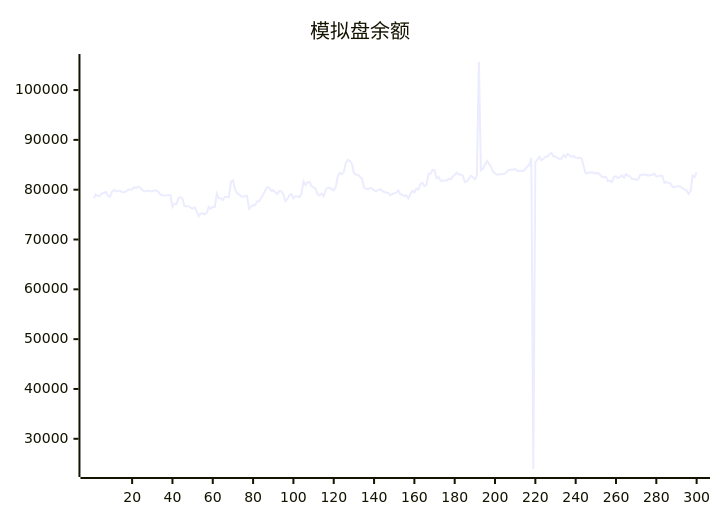
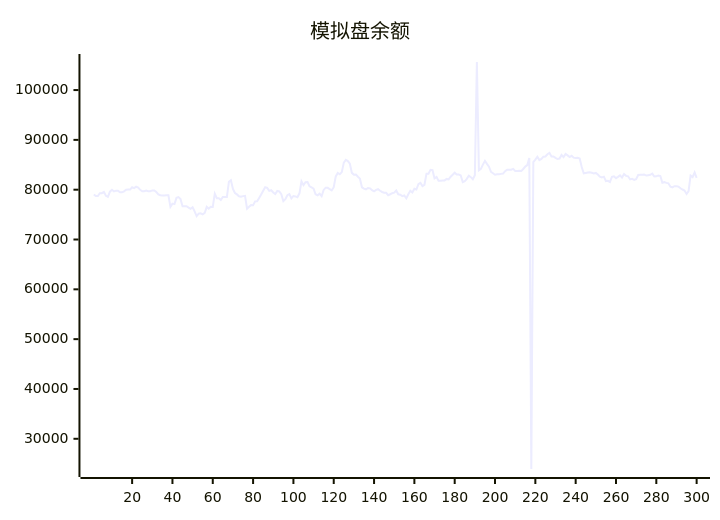
One commit to aahl/ai-trading changed the diagram in README.md. Above: the diagram before and after it, drawn with Mermaid. The commit also changed other lines of this file and 1 other file, not shown here.

````diff
--- a/README.md
+++ b/README.md
@@ -5,5 +5,5 @@
 ```mermaid
 xychart
     title "模拟盘余额"
-    line [78277,79048,78714,78714,79290,79308,79567,78763,78563,79603,79988,79652,79813,79813,79476,79469,79673,79995,80015,80015,80486,80314,80600,80436,79966,79689,79689,79819,79692,79692,79850,79850,79518,79071,78889,78850,78850,78878,78878,76554,77202,77103,78357,78510,78106,76678,76677,76672,76411,76159,76485,75656,74695,75197,75246,75052,75334,76564,76179,76553,76551,79196,78300,78300,77944,78531,78531,78521,81564,81884,80160,79335,79055,78675,78580,78708,78764,76179,76586,76902,76876,77658,77669,78346,79023,79769,80497,80366,79761,79896,79448,79126,79749,79658,79097,77695,78114,78888,79126,78249,78738,78653,78478,79271,81680,80923,81488,81527,80681,80455,80190,79084,78879,79193,78686,79954,80403,80374,80118,79848,80491,82665,83351,83098,83525,85430,85983,85737,85221,83378,83014,83043,82613,82216,80477,80208,80081,80348,80277,79894,79670,79965,80093,79786,79542,79406,79371,78893,79087,79304,79406,79841,79072,78978,78696,78846,78272,79085,79787,79442,80198,80031,81120,81379,80718,80985,83214,83212,83993,83921,82270,82547,81776,81776,81866,81866,82158,82061,82596,83000,83408,83041,83050,82858,81503,81691,82188,82812,82517,82092,82901,105633,83898,84180,85030,85781,85178,84604,83569,83298,83008,83093,83107,83175,83228,83729,84025,84017,84019,84177,83775,83762,83785,83738,84160,84639,84939,86370,23934,85548,86046,86599,85942,86161,86622,86664,87115,87369,86666,86685,86384,86152,86243,86969,86548,87164,86885,86566,86809,86427,86348,86417,86273,84538,83299,83369,83430,83490,83404,83270,83362,83056,82605,82459,82614,81734,81788,81551,82598,82702,82320,82580,82878,82426,83139,82778,82686,82056,82166,81963,82110,82951,82983,82984,83038,82838,82915,82998,83235,82642,82682,82858,82746,81396,81512,81362,81277,80600,80461,80699,80673,80616,80288,80038,79836,79142,79722,82837,82533,83480]
+    line [79048,78714,78714,79290,79308,79567,78763,78563,79603,79988,79652,79813,79813,79476,79469,79673,79995,80015,80015,80486,80314,80600,80436,79966,79689,79689,79819,79692,79692,79850,79850,79518,79071,78889,78850,78850,78878,78878,76554,77202,77103,78357,78510,78106,76678,76677,76672,76411,76159,76485,75656,74695,75197,75246,75052,75334,76564,76179,76553,76551,79196,78300,78300,77944,78531,78531,78521,81564,81884,80160,79335,79055,78675,78580,78708,78764,76179,76586,76902,76876,77658,77669,78346,79023,79769,80497,80366,79761,79896,79448,79126,79749,79658,79097,77695,78114,78888,79126,78249,78738,78653,78478,79271,81680,80923,81488,81527,80681,80455,80190,79084,78879,79193,78686,79954,80403,80374,80118,79848,80491,82665,83351,83098,83525,85430,85983,85737,85221,83378,83014,83043,82613,82216,80477,80208,80081,80348,80277,79894,79670,79965,80093,79786,79542,79406,79371,78893,79087,79304,79406,79841,79072,78978,78696,78846,78272,79085,79787,79442,80198,80031,81120,81379,80718,80985,83214,83212,83993,83921,82270,82547,81776,81776,81866,81866,82158,82061,82596,83000,83408,83041,83050,82858,81503,81691,82188,82812,82517,82092,82901,105633,83898,84180,85030,85781,85178,84604,83569,83298,83008,83093,83107,83175,83228,83729,84025,84017,84019,84177,83775,83762,83785,83738,84160,84639,84939,86370,23934,85548,86046,86599,85942,86161,86622,86664,87115,87369,86666,86685,86384,86152,86243,86969,86548,87164,86885,86566,86809,86427,86348,86417,86273,84538,83299,83369,83430,83490,83404,83270,83362,83056,82605,82459,82614,81734,81788,81551,82598,82702,82320,82580,82878,82426,83139,82778,82686,82056,82166,81963,82110,82951,82983,82984,83038,82838,82915,82998,83235,82642,82682,82858,82746,81396,81512,81362,81277,80600,80461,80699,80673,80616,80288,80038,79836,79142,79722,82837,82533,83480,82366]
 ```
````
